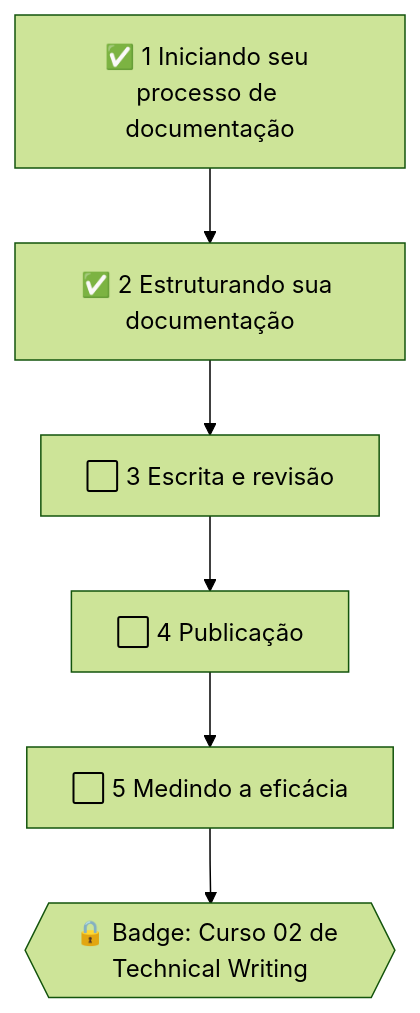
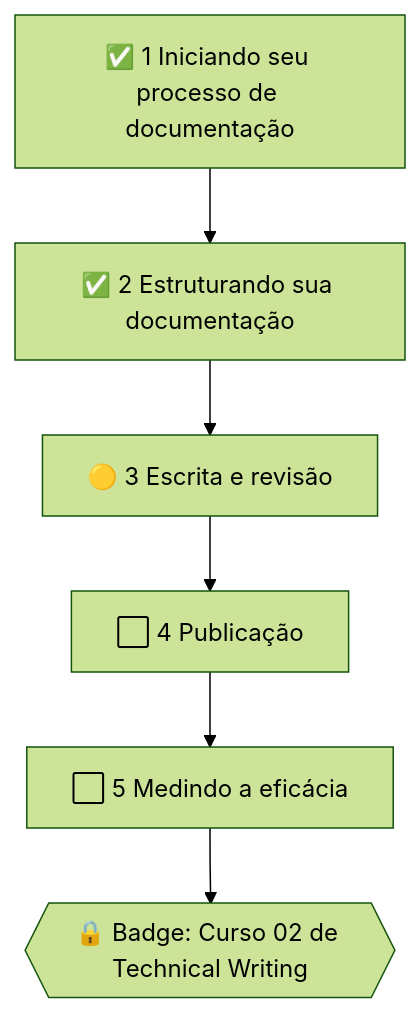
One commit to letsprown-code/po-learning-journal changed the seventh of 7 diagrams in mapa-de-estudos.md. Above: the diagram before and after it, drawn with Mermaid (forest theme). The commit also changed other lines of this file and 6 other files, not shown here.

First line of the commit message:
Alura TW 02 aula 3: escrita e revisão (nota, projeto 03 etapas 3 e 4, página de Investimentos, glossário, mapa)

```diff
--- a/mapa-de-estudos.md
+++ b/mapa-de-estudos.md
@@ -198,6 +198,6 @@
 ~~~mermaid
 flowchart TD
-    D1["✅ 1 Iniciando seu processo de documentação"] --> D2["✅ 2 Estruturando sua documentação"] --> D3["⬜ 3 Escrita e revisão"]
+    D1["✅ 1 Iniciando seu processo de documentação"] --> D2["✅ 2 Estruturando sua documentação"] --> D3["🟡 3 Escrita e revisão"]
     D3 --> D4["⬜ 4 Publicação"] --> D5["⬜ 5 Medindo a eficácia"]
     D5 --> B2{{"🔒 Badge: Curso 02 de Technical Writing"}}
 ~~~
```
